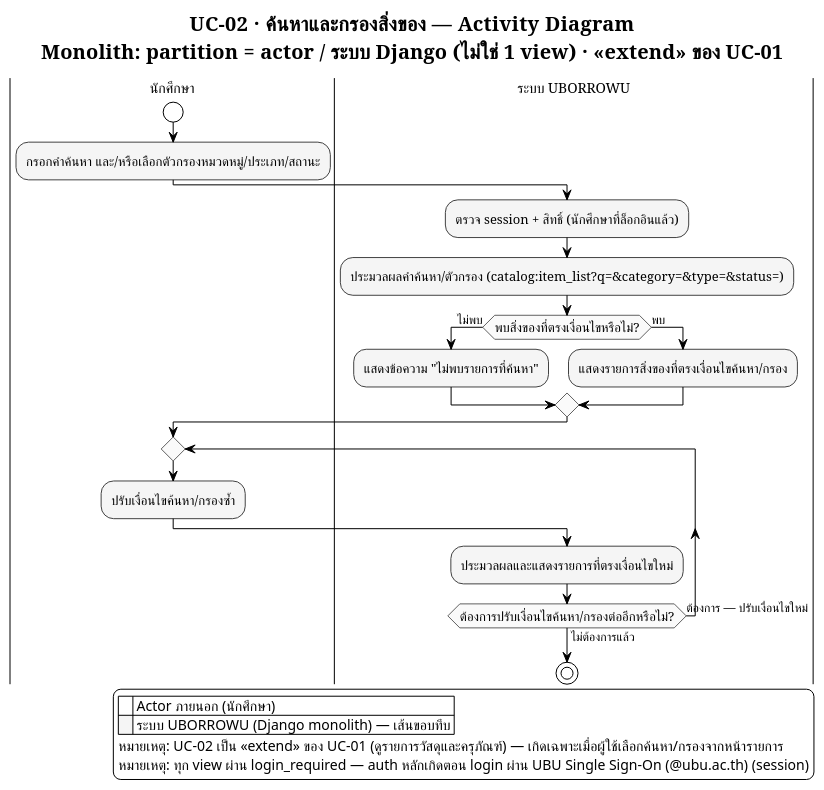
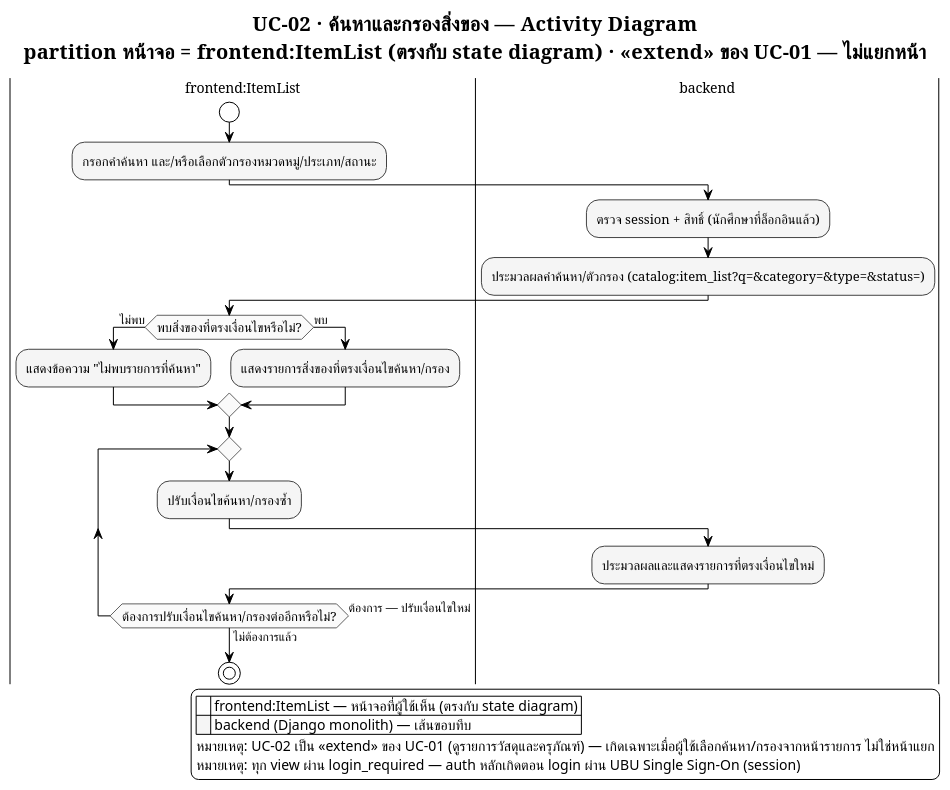
The diagram in proposal/usecase/activity_module2_uc02.puml (patlnwza-007/project-2569), drawn with PlantUML before and after one commit. The commit also changed 46 other files, not shown here.

First line of the commit message:
Rework UI state/activity diagrams onto frontend:PageCode/backend convention

```diff
--- a/proposal/usecase/activity_module2_uc02.puml
+++ b/proposal/usecase/activity_module2_uc02.puml
@@ -1,73 +1,74 @@
 @startuml activity_module2_uc02
 ' ══════════════════════════════════════════════════════════════════
 ' รองรับภาษาไทย — อ่านก่อน render:
 ' 1. บันทึกไฟล์นี้เป็น UTF-8 (ไม่ต้องมี BOM) เสมอ
 ' 2. ถ้า render ผ่าน CLI (plantuml.jar) ต้องระบุ flag encoding ด้วย:
 '      java -Dfile.encoding=UTF-8 -jar plantuml.jar -charset UTF-8 catalog_activity_UC02_search_filter.puml
 ' 3. บังคับใช้ Smetana (pure-Java layout engine) แทน Graphviz/dot
 '    เพราะ Graphviz บางระบบ (โดยเฉพาะ Windows) อ่าน UTF-8 ไม่ตรง ทำให้ตัวอักษรไทยเพี้ยน/หาย
 !pragma layout smetana
 ' 4. ฟอนต์ที่มีสระ/วรรณยุกต์ไทยครบและ render ผ่าน Java ได้เสถียร
 '    - Windows: "TH Sarabun New" (ฟอนต์มาตรฐานราชการ) หรือ "Tahoma" (มากับเครื่องอยู่แล้ว)
 '    - Linux / PlantUML online server: เปลี่ยนเป็น "Noto Sans Thai" หรือ "Loma"
 skinparam defaultFontName "TH Sarabun New"
 skinparam defaultFontSize 14
 ' ══════════════════════════════════════════════════════════════════
 
 !theme plain
 skinparam titleFontName "TH Sarabun New"
 skinparam titleFontSize 20
 skinparam noteFontName "TH Sarabun New"
 skinparam ArrowFontName "TH Sarabun New"
 skinparam ArrowFontSize 12
 skinparam swimlaneTitleFontName "TH Sarabun New"
 skinparam swimlaneTitleFontSize 14
 
 ' ===== Monochrome เท่านั้น — ไม่มี partition ไหนสีต่างจากที่อื่น =====
 skinparam activity {
   BackgroundColor #F5F5F5
   BorderColor #424242
   FontName "TH Sarabun New"
   FontSize 13
   DiamondBackgroundColor #FAFAFA
   DiamondBorderColor #616161
 }
 skinparam partition {
   BackgroundColor #FAFAFA
   BorderColor #424242
 }
 
-title UC-02 · ค้นหาและกรองสิ่งของ — Activity Diagram\nMonolith: partition = actor / ระบบ Django (ไม่ใช่ 1 view) · <<extend>> ของ UC-01
+title UC-02 · ค้นหาและกรองสิ่งของ — Activity Diagram\npartition หน้าจอ = frontend:ItemList (ตรงกับ state diagram) · <<extend>> ของ UC-01 — ไม่แยกหน้า
 
-|นักศึกษา|
+|frontend:ItemList|
 start
-' Pre-condition: นักศึกษาอยู่ในหน้ารายการสิ่งของ (UC-01) และเข้าสู่ระบบแล้ว (session ผ่าน allauth)
+' Pre-condition: นักศึกษาอยู่ในหน้ารายการสิ่งของ (UC-01) และเข้าสู่ระบบแล้ว (session)
 :กรอกคำค้นหา และ/หรือเลือกตัวกรองหมวดหมู่/ประเภท/สถานะ;
 
-|ระบบ UBORROWU|
+|backend|
 :ตรวจ session + สิทธิ์ (นักศึกษาที่ล็อกอินแล้ว);
 :ประมวลผลคำค้นหา/ตัวกรอง (catalog:item_list?q=&category=&type=&status=);
 
+|frontend:ItemList|
 if (พบสิ่งของที่ตรงเงื่อนไขหรือไม่?) then (ไม่พบ)
   :แสดงข้อความ "ไม่พบรายการที่ค้นหา";
 else (พบ)
   :แสดงรายการสิ่งของที่ตรงเงื่อนไขค้นหา/กรอง;
 endif
 
-|นักศึกษา|
 repeat
   :ปรับเงื่อนไขค้นหา/กรองซ้ำ;
-  |ระบบ UBORROWU|
+  |backend|
   :ประมวลผลและแสดงรายการที่ตรงเงื่อนไขใหม่;
+  |frontend:ItemList|
 repeat while (ต้องการปรับเงื่อนไขค้นหา/กรองต่ออีกหรือไม่?) is (ต้องการ — ปรับเงื่อนไขใหม่) not (ไม่ต้องการแล้ว)
 
 stop
 
 legend right
-  |<back:white>    </back>| Actor ภายนอก (นักศึกษา) |
-  |<back:#F5F5F5>    </back>| ระบบ UBORROWU (Django monolith) — เส้นขอบทึบ |
-  หมายเหตุ: UC-02 เป็น <<extend>> ของ UC-01 (ดูรายการวัสดุและครุภัณฑ์) — เกิดเฉพาะเมื่อผู้ใช้เลือกค้นหา/กรองจากหน้ารายการ
-  หมายเหตุ: ทุก view ผ่าน login_required — auth หลักเกิดตอน login ผ่าน UBU Single Sign-On (@ubu.ac.th) (session)
+  |<back:white>    </back>| frontend:ItemList — หน้าจอที่ผู้ใช้เห็น (ตรงกับ state diagram) |
+  |<back:#F5F5F5>    </back>| backend (Django monolith) — เส้นขอบทึบ |
+  หมายเหตุ: UC-02 เป็น <<extend>> ของ UC-01 (ดูรายการวัสดุและครุภัณฑ์) — เกิดเฉพาะเมื่อผู้ใช้เลือกค้นหา/กรองจากหน้ารายการ ไม่ใช่หน้าแยก
+  หมายเหตุ: ทุก view ผ่าน login_required — auth หลักเกิดตอน login ผ่าน UBU Single Sign-On (session)
 endlegend
 
 @enduml
```
